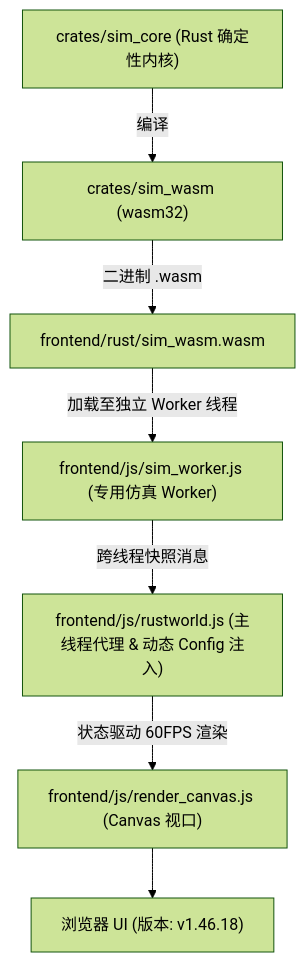
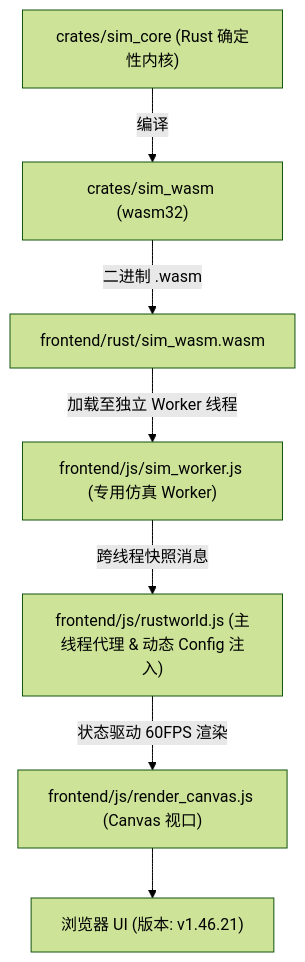
Before and after one commit to g39088902/FlowAndAccord: the diagram in AGENTS.md, drawn with Mermaid (forest theme). The commit also changed other lines of this file and 31 other files, not shown here.

````diff
--- a/AGENTS.md
+++ b/AGENTS.md
@@ -60,9 +60,9 @@
 ```mermaid
 graph TD
     A["crates/sim_core (Rust 确定性内核)"] -->|编译| B["crates/sim_wasm (wasm32)"]
     B -->|二进制 .wasm| C["frontend/rust/sim_wasm.wasm"]
     C -->|加载至独立 Worker 线程| D["frontend/js/sim_worker.js (专用仿真 Worker)"]
     D -->|跨线程快照消息| E["frontend/js/rustworld.js (主线程代理 & 动态 Config 注入)"]
     E -->|状态驱动 60FPS 渲染| F["frontend/js/render_canvas.js (Canvas 视口)"]
-    F --> G["浏览器 UI (版本: v1.46.18)"]
+    F --> G["浏览器 UI (版本: v1.46.21)"]
 ```
````
